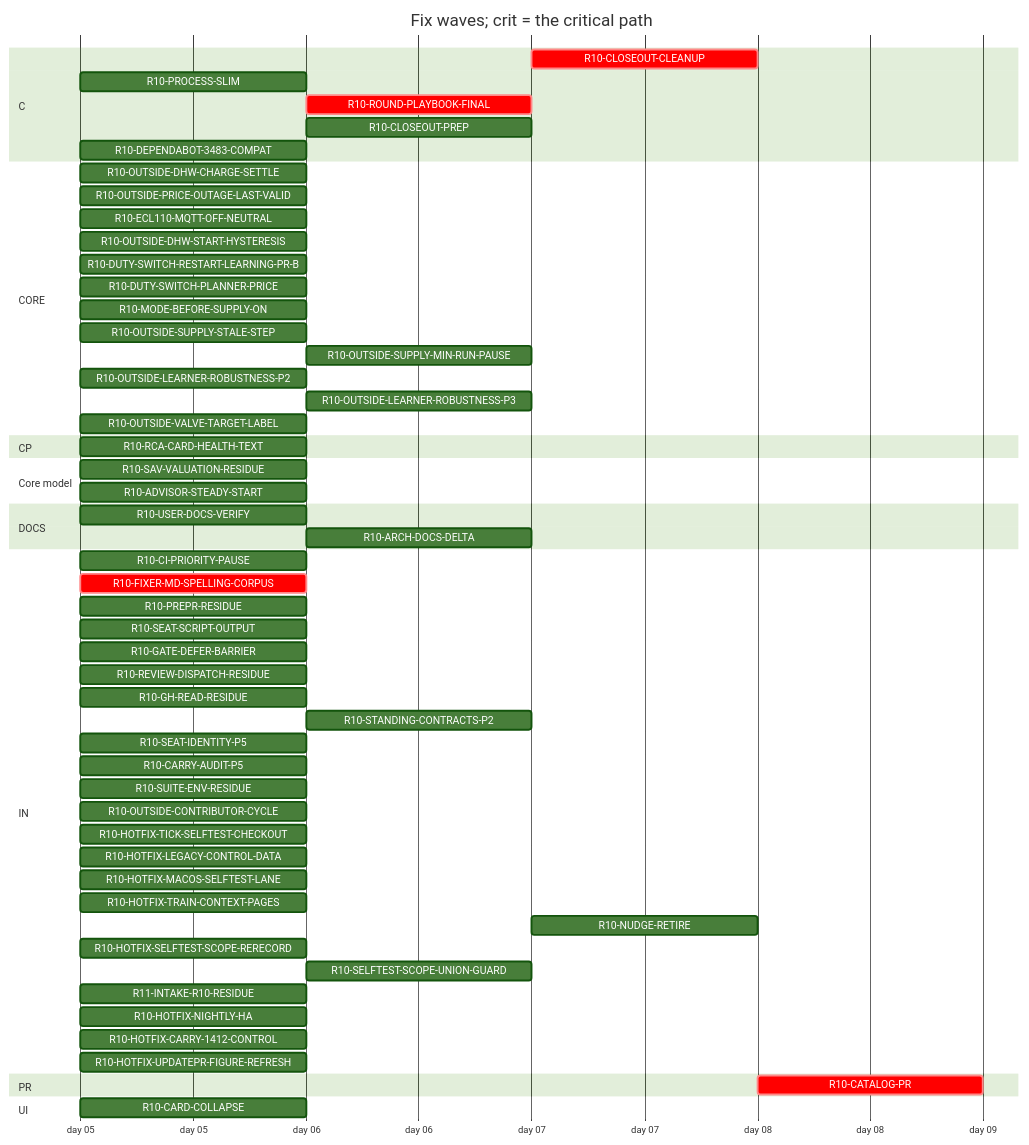
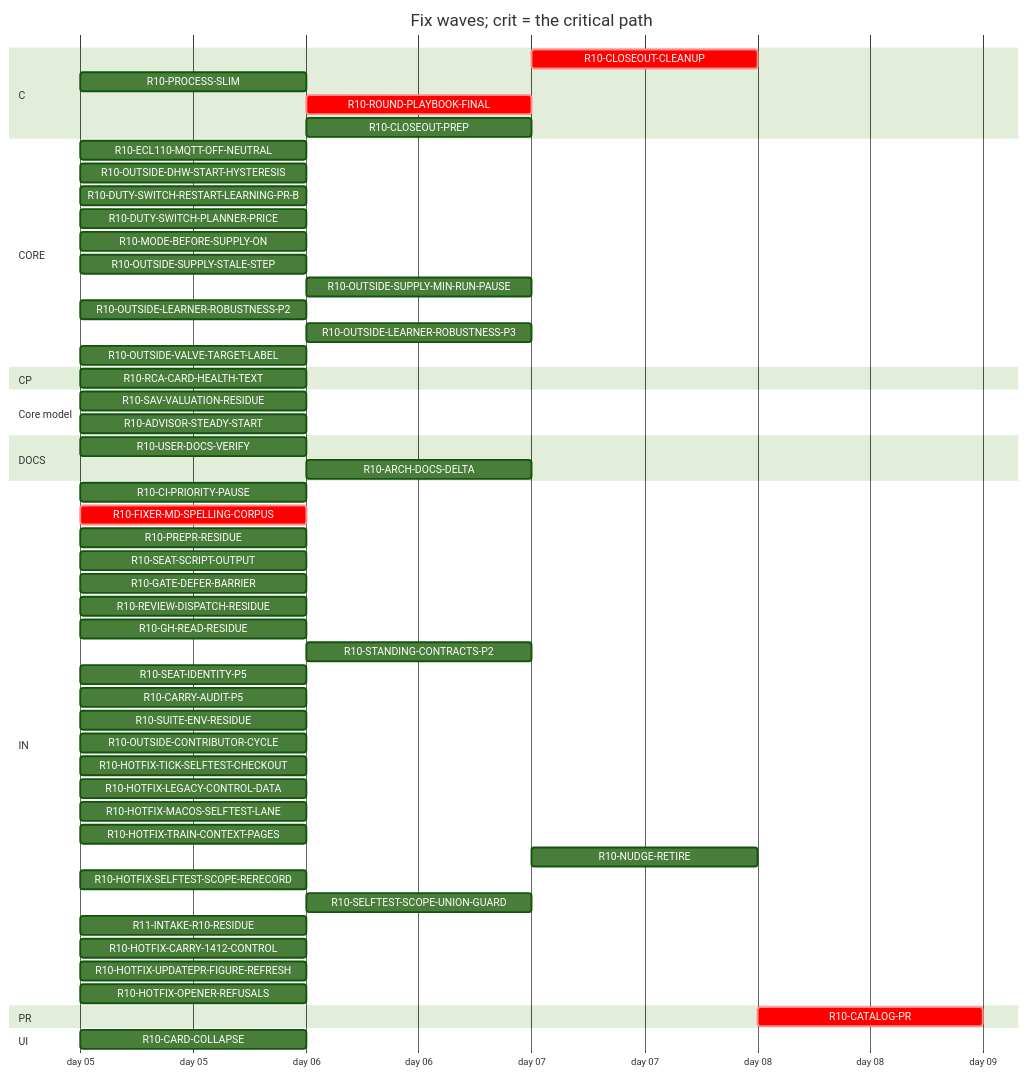
One commit to tvofi/heatpump_optimizer changed the diagram in handoff/round10/state/PLAN-TABLE.md. Above: the diagram before and after it, drawn with Mermaid (forest theme). The commit also changed other lines of this file and 4 other files, not shown here.

Commit message:
state: FLOW-BOARD.md, NEXT-SESSION-PROMPT.md, PLAN-TABLE.md, PLAN.html, RESUME-CURRENT.md regenerated (state_docs.py)

````diff
--- a/handoff/round10/state/PLAN-TABLE.md
+++ b/handoff/round10/state/PLAN-TABLE.md
@@ -21,61 +21,58 @@
 ```mermaid
 gantt
   title Fix waves; crit = the critical path
   dateFormat YYYY-MM-DD
   axisFormat day %d
   section C
     R10-CLOSEOUT-CLEANUP :crit, r10CLOSEOUTCLEANUP, after r10USERDOCSVERIFY r10ROUNDPLAYBOOKFINAL r10CLOSEOUTPREP r10ARCHDOCSDELTA, 1d
     R10-PROCESS-SLIM :r10PROCESSSLIM, 2026-01-05, 1d
     R10-ROUND-PLAYBOOK-FINAL :crit, r10ROUNDPLAYBOOKFINAL, after r10FIXERMDSPELLINGCORPUS, 1d
     R10-CLOSEOUT-PREP :r10CLOSEOUTPREP, after r10FIXERMDSPELLINGCORPUS, 1d
-    R10-DEPENDABOT-3483-COMPAT :r10DEPENDABOT3483COMPAT, 2026-01-05, 1d
   section CORE
-    R10-OUTSIDE-DHW-CHARGE-SETTLE :r10OUTSIDEDHWCHARGESETTLE, 2026-01-05, 1d
-    R10-OUTSIDE-PRICE-OUTAGE-LAST-VALID :r10OUTSIDEPRICEOUTAGELASTVALID, 2026-01-05, 1d
     R10-ECL110-MQTT-OFF-NEUTRAL :r10ECL110MQTTOFFNEUTRAL, 2026-01-05, 1d
     R10-OUTSIDE-DHW-START-HYSTERESIS :r10OUTSIDEDHWSTARTHYSTERESIS, 2026-01-05, 1d
     R10-DUTY-SWITCH-RESTART-LEARNING-PR-B :r10DUTYSWITCHRESTARTLEARNINGPRB, 2026-01-05, 1d
     R10-DUTY-SWITCH-PLANNER-PRICE :r10DUTYSWITCHPLANNERPRICE, 2026-01-05, 1d
     R10-MODE-BEFORE-SUPPLY-ON :r10MODEBEFORESUPPLYON, 2026-01-05, 1d
     R10-OUTSIDE-SUPPLY-STALE-STEP :r10OUTSIDESUPPLYSTALESTEP, 2026-01-05, 1d
     R10-OUTSIDE-SUPPLY-MIN-RUN-PAUSE :r10OUTSIDESUPPLYMINRUNPAUSE, after r10OUTSIDESUPPLYSTALESTEP, 1d
     R10-OUTSIDE-LEARNER-ROBUSTNESS-P2 :r10OUTSIDELEARNERROBUSTNESSP2, 2026-01-05, 1d
     R10-OUTSIDE-LEARNER-ROBUSTNESS-P3 :r10OUTSIDELEARNERROBUSTNESSP3, after r10OUTSIDELEARNERROBUSTNESSP2, 1d
     R10-OUTSIDE-VALVE-TARGET-LABEL :r10OUTSIDEVALVETARGETLABEL, 2026-01-05, 1d
   section CP
     R10-RCA-CARD-HEALTH-TEXT :r10RCACARDHEALTHTEXT, 2026-01-05, 1d
   section Core model
     R10-SAV-VALUATION-RESIDUE :r10SAVVALUATIONRESIDUE, 2026-01-05, 1d
     R10-ADVISOR-STEADY-START :r10ADVISORSTEADYSTART, 2026-01-05, 1d
   section DOCS
     R10-USER-DOCS-VERIFY :r10USERDOCSVERIFY, 2026-01-05, 1d
     R10-ARCH-DOCS-DELTA :r10ARCHDOCSDELTA, after r10SAVVALUATIONRESIDUE r10ADVISORSTEADYSTART r10PROCESSSLIM, 1d
   section IN
     R10-CI-PRIORITY-PAUSE :r10CIPRIORITYPAUSE, 2026-01-05, 1d
     R10-FIXER-MD-SPELLING-CORPUS :crit, r10FIXERMDSPELLINGCORPUS, 2026-01-05, 1d
     R10-PREPR-RESIDUE :r10PREPRRESIDUE, 2026-01-05, 1d
     R10-SEAT-SCRIPT-OUTPUT :r10SEATSCRIPTOUTPUT, 2026-01-05, 1d
     R10-GATE-DEFER-BARRIER :r10GATEDEFERBARRIER, 2026-01-05, 1d
     R10-REVIEW-DISPATCH-RESIDUE :r10REVIEWDISPATCHRESIDUE, 2026-01-05, 1d
     R10-GH-READ-RESIDUE :r10GHREADRESIDUE, 2026-01-05, 1d
     R10-STANDING-CONTRACTS-P2 :r10STANDINGCONTRACTSP2, after r10FIXERMDSPELLINGCORPUS, 1d
     R10-SEAT-IDENTITY-P5 :r10SEATIDENTITYP5, 2026-01-05, 1d
     R10-CARRY-AUDIT-P5 :r10CARRYAUDITP5, 2026-01-05, 1d
     R10-SUITE-ENV-RESIDUE :r10SUITEENVRESIDUE, 2026-01-05, 1d
     R10-OUTSIDE-CONTRIBUTOR-CYCLE :r10OUTSIDECONTRIBUTORCYCLE, 2026-01-05, 1d
     R10-HOTFIX-TICK-SELFTEST-CHECKOUT :r10HOTFIXTICKSELFTESTCHECKOUT, 2026-01-05, 1d
     R10-HOTFIX-LEGACY-CONTROL-DATA :r10HOTFIXLEGACYCONTROLDATA, 2026-01-05, 1d
     R10-HOTFIX-MACOS-SELFTEST-LANE :r10HOTFIXMACOSSELFTESTLANE, 2026-01-05, 1d
     R10-HOTFIX-TRAIN-CONTEXT-PAGES :r10HOTFIXTRAINCONTEXTPAGES, 2026-01-05, 1d
     R10-NUDGE-RETIRE :r10NUDGERETIRE, after r10ROUNDPLAYBOOKFINAL, 1d
     R10-HOTFIX-SELFTEST-SCOPE-RERECORD :r10HOTFIXSELFTESTSCOPERERECORD, 2026-01-05, 1d
     R10-SELFTEST-SCOPE-UNION-GUARD :r10SELFTESTSCOPEUNIONGUARD, after r10HOTFIXSELFTESTSCOPERERECORD, 1d
     R11-INTAKE-R10-RESIDUE :r11INTAKER10RESIDUE, 2026-01-05, 1d
-    R10-HOTFIX-NIGHTLY-HA :r10HOTFIXNIGHTLYHA, 2026-01-05, 1d
     R10-HOTFIX-CARRY-1412-CONTROL :r10HOTFIXCARRY1412CONTROL, 2026-01-05, 1d
     R10-HOTFIX-UPDATEPR-FIGURE-REFRESH :r10HOTFIXUPDATEPRFIGUREREFRESH, 2026-01-05, 1d
+    R10-HOTFIX-OPENER-REFUSALS :r10HOTFIXOPENERREFUSALS, 2026-01-05, 1d
   section PR
     R10-CATALOG-PR :crit, r10CATALOGPR, after r10USERDOCSVERIFY r10ROUNDPLAYBOOKFINAL r10CLOSEOUTCLEANUP r10CLOSEOUTPREP r10ARCHDOCSDELTA, 1d
   section UI
     R10-CARD-COLLAPSE :r10CARDCOLLAPSE, 2026-01-05, 1d
 ```
````
